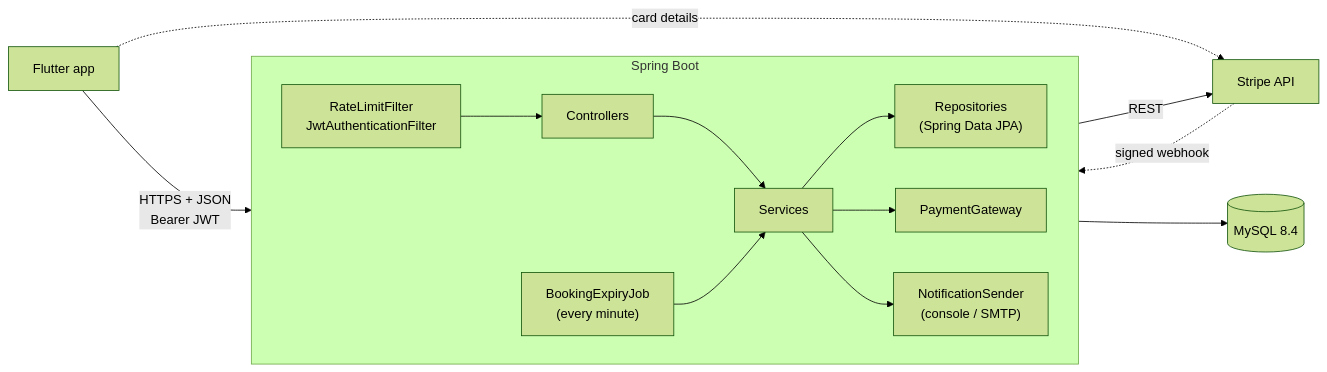
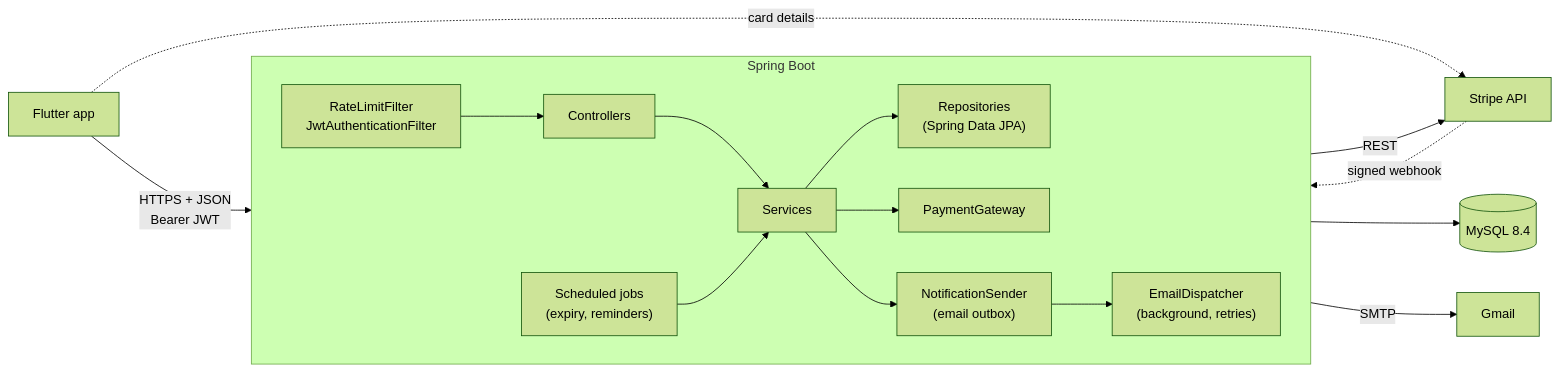
Before and after one commit to Malikalqasrawi/gym-booking-backend: the first of 2 diagrams in README.md, drawn with Mermaid (forest theme). The commit also changed other lines of this file and 26 other files, not shown here.

Commit message:
feat: real emails with retries, security alerts and session reminders

````diff
--- a/README.md
+++ b/README.md
@@ -41,19 +43,21 @@
 ```mermaid
 flowchart LR
     App["Flutter app"] -->|"HTTPS + JSON<br/>Bearer JWT"| Filters
 
     subgraph Backend["Spring Boot"]
         direction LR
         Filters["RateLimitFilter<br/>JwtAuthenticationFilter"] --> Controllers
         Controllers --> Services
         Services --> Repositories["Repositories<br/>(Spring Data JPA)"]
         Services --> Gateway["PaymentGateway"]
-        Services --> Notify["NotificationSender<br/>(console / SMTP)"]
-        Job["BookingExpiryJob<br/>(every minute)"] --> Services
+        Services --> Notify["NotificationSender<br/>(email outbox)"]
+        Notify --> Dispatcher["EmailDispatcher<br/>(background, retries)"]
+        Job["Scheduled jobs<br/>(expiry, reminders)"] --> Services
     end
 
     Repositories --> DB[("MySQL 8.4")]
+    Dispatcher -->|"SMTP"| Gmail["Gmail"]
     Gateway -->|"REST"| Stripe["Stripe API"]
     Stripe -.->|"signed webhook"| Controllers
     App -.->|"card details"| Stripe
 ```
````
